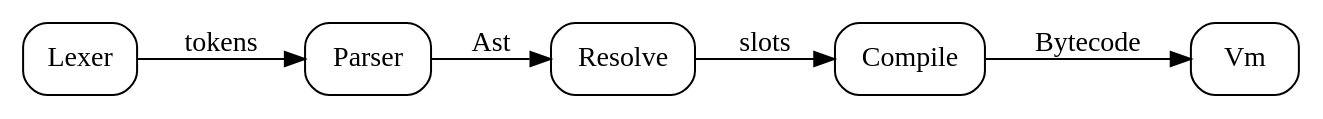
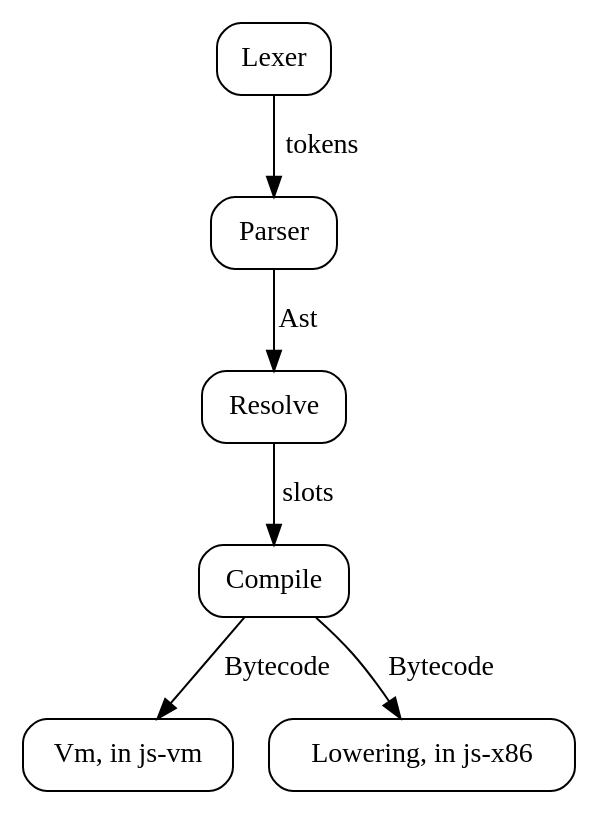
One commit to showell/roc-js-interpreter changed the first of 8 diagrams in js-book/book.md. Above: the diagram before and after it, drawn with Graphviz. The commit also changed other lines of this file and 3 other files, not shown here.

````diff
--- a/js-book/book.md
+++ b/js-book/book.md
@@ -74,15 +78,17 @@
 ```dot
 digraph {
-  rankdir=LR;
+  rankdir=TB;
   node [shape=box, style=rounded];
   lexer [label="Lexer"];
   parser [label="Parser"];
   resolve [label="Resolve"];
   compile [label="Compile"];
-  vm [label="Vm"];
+  vm [label="Vm, in js-vm"];
+  lower [label="Lowering, in js-x86"];
   lexer -> parser [label="tokens"];
   parser -> resolve [label="Ast"];
   resolve -> compile [label="slots"];
   compile -> vm [label="Bytecode"];
+  compile -> lower [label="Bytecode"];
 }
 ```
````
